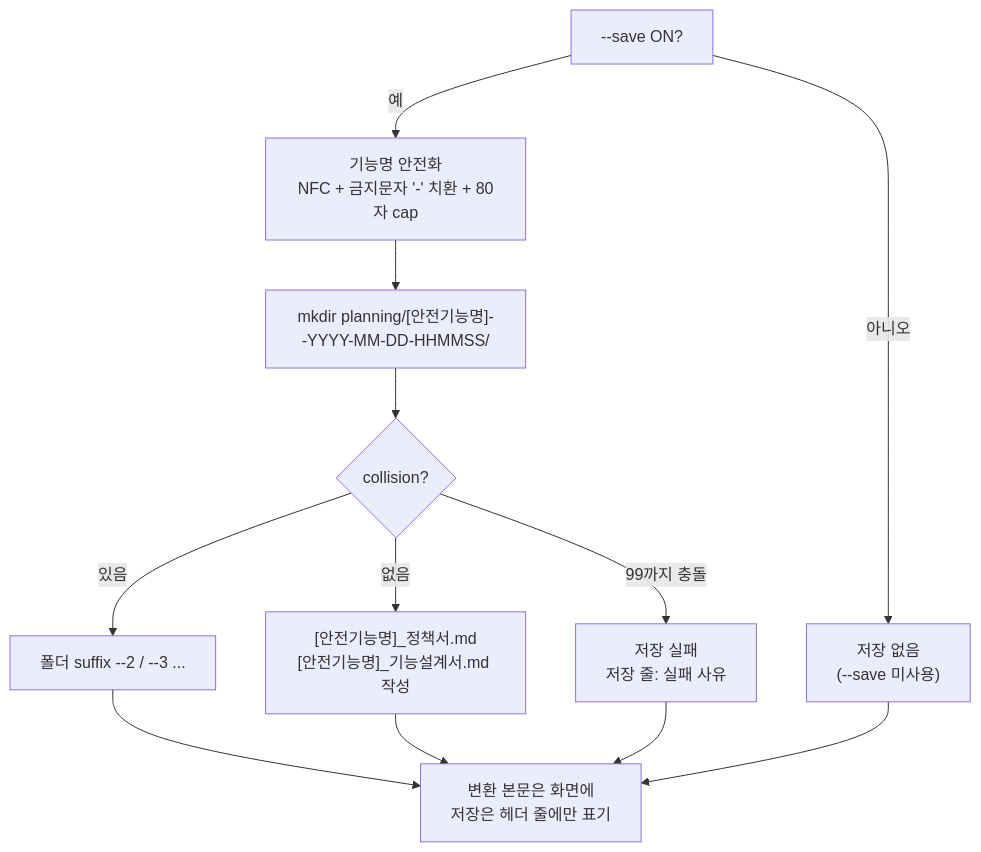
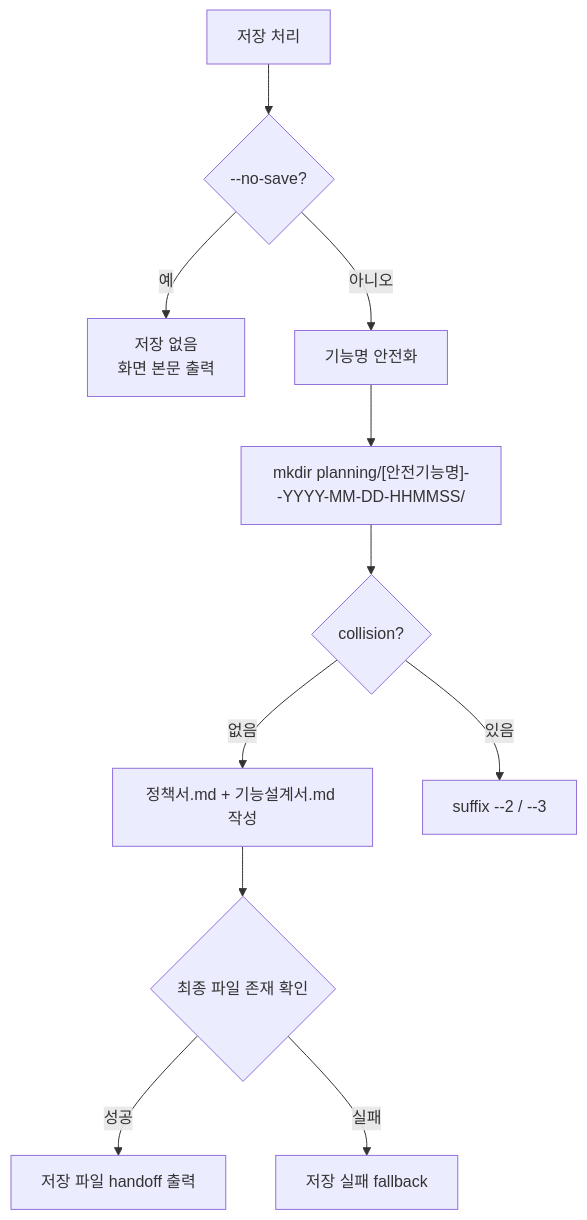
Before and after one commit to inkwonjung-colosseum/plugins: the third of 3 diagrams in planning-kit/docs/planning-format-workflow.md, drawn with Mermaid. The commit also changed other lines of this file and 83 other files, not shown here.

````diff
--- a/planning-kit/docs/planning-format-workflow.md
+++ b/planning-kit/docs/planning-format-workflow.md
@@ -229,14 +53,13 @@
 ```mermaid
 flowchart TD
-  S[--save ON?] -->|아니오| SK["저장 없음<br/>(--save 미사용)"]
-  S -->|예| N["기능명 안전화<br/>NFC + 금지문자 '-' 치환 + 80자 cap"]
-  N --> MK["mkdir planning/[안전기능명]--YYYY-MM-DD-HHMMSS/"]
-  MK --> WR{collision?}
-  WR -->|없음| W1["[안전기능명]_정책서.md<br/>[안전기능명]_기능설계서.md 작성"]
-  WR -->|있음| W2["폴더 suffix --2 / --3 ..."]
-  WR -->|99까지 충돌| W3[저장 실패<br/>저장 줄: 실패 사유]
-  W2 --> END
-  W1 --> END
-  W3 --> END
-  SK --> END[변환 본문은 화면에<br/>저장은 헤더 줄에만 표기]
+  A["저장 처리"] --> B{"--no-save?"}
+  B -->|"예"| C["저장 없음<br/>화면 본문 출력"]
+  B -->|"아니오"| D["기능명 안전화"]
+  D --> E["mkdir planning/[안전기능명]--YYYY-MM-DD-HHMMSS/"]
+  E --> F{"collision?"}
+  F -->|"없음"| G["정책서.md + 기능설계서.md 작성"]
+  F -->|"있음"| H["suffix --2 / --3"]
+  G --> I{"최종 파일 존재 확인"}
+  I -->|"성공"| J["저장 파일 handoff 출력"]
+  I -->|"실패"| K["저장 실패 fallback"]
 ```
````
